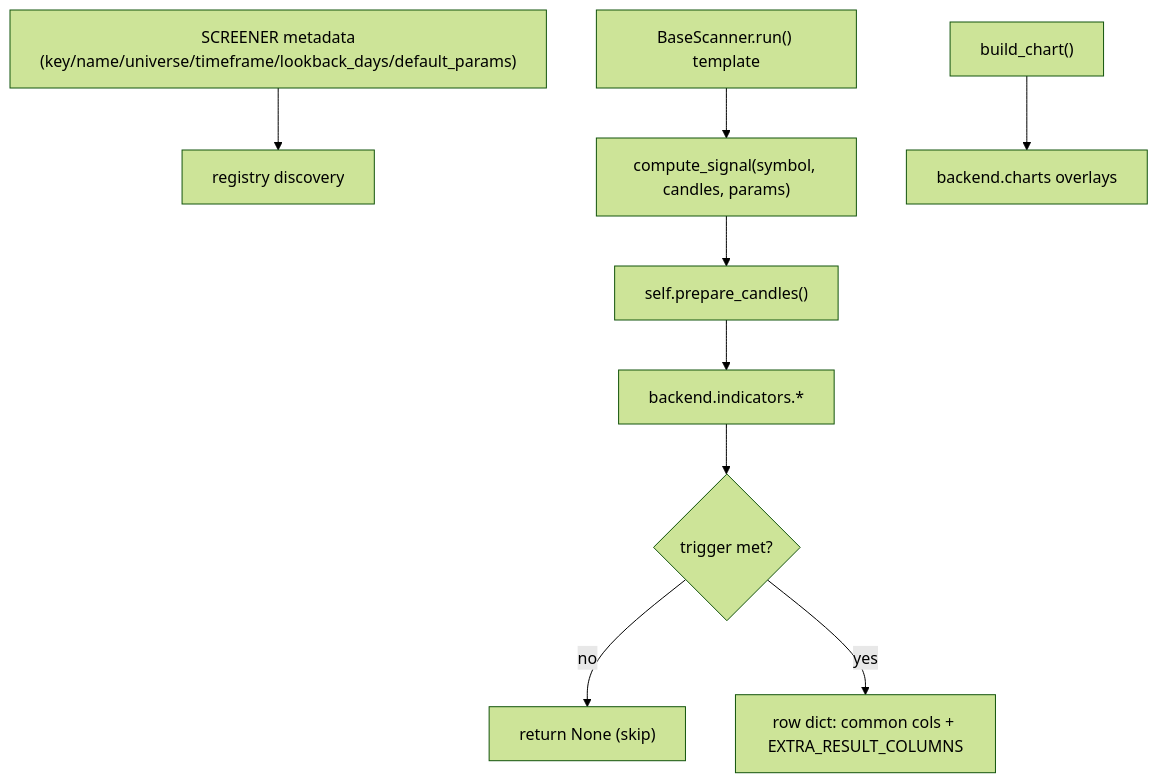
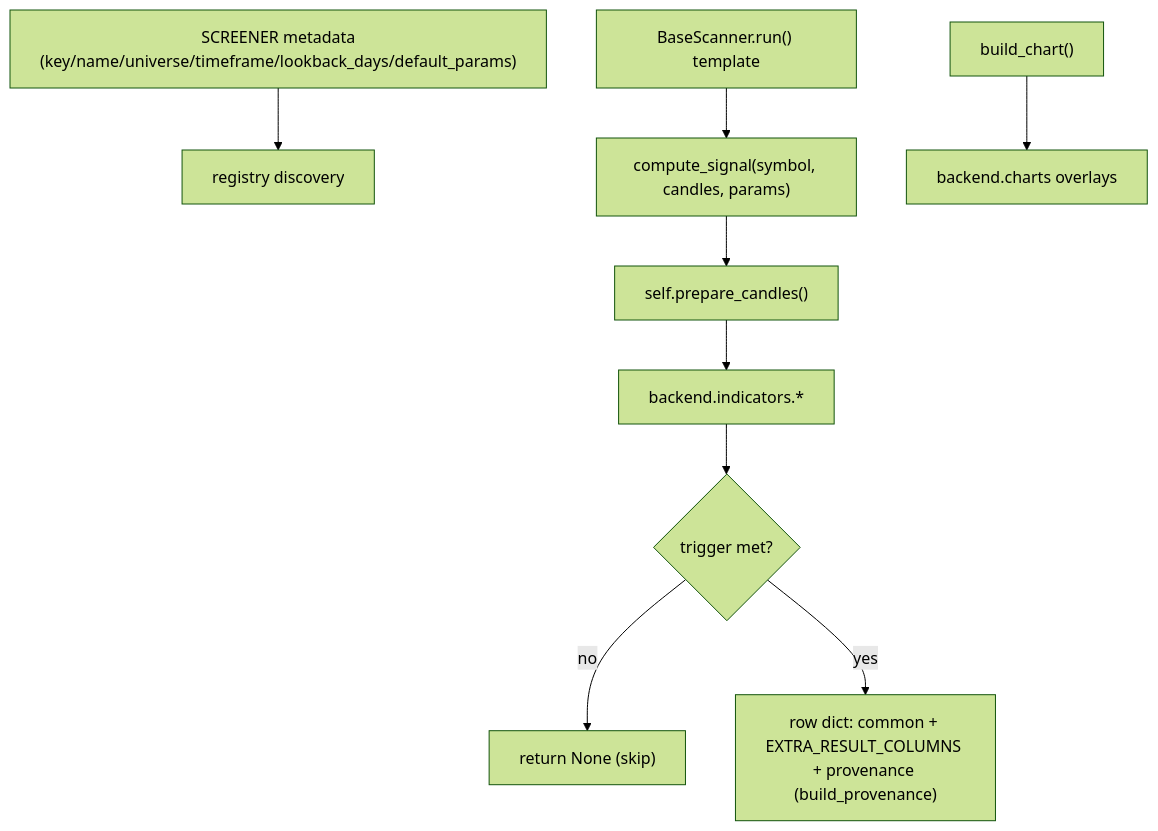
Before and after one commit to DoRmAmMu1997/Streamlit-Scanner-App: the diagram in docs/architecture/components/screener-catalog.md, drawn with Mermaid (forest theme). The commit also changed other lines of this file and 10 other files, not shown here.

````diff
--- a/docs/architecture/components/screener-catalog.md
+++ b/docs/architecture/components/screener-catalog.md
@@ -42,11 +42,11 @@
 ```mermaid
 flowchart TD
     META["SCREENER metadata\n(key/name/universe/timeframe/lookback_days/default_params)"] --> REG["registry discovery"]
     RUN["BaseScanner.run() template"] --> CS["compute_signal(symbol, candles, params)"]
     CS --> PREP["self.prepare_candles()"]
     PREP --> IND["backend.indicators.*"]
     IND --> TRIG{"trigger met?"}
     TRIG -->|no| NONE["return None (skip)"]
-    TRIG -->|yes| ROW["row dict: common cols + EXTRA_RESULT_COLUMNS"]
+    TRIG -->|yes| ROW["row dict: common + EXTRA_RESULT_COLUMNS + provenance (build_provenance)"]
     CHART["build_chart()"] --> CHARTS["backend.charts overlays"]
 ```
````
